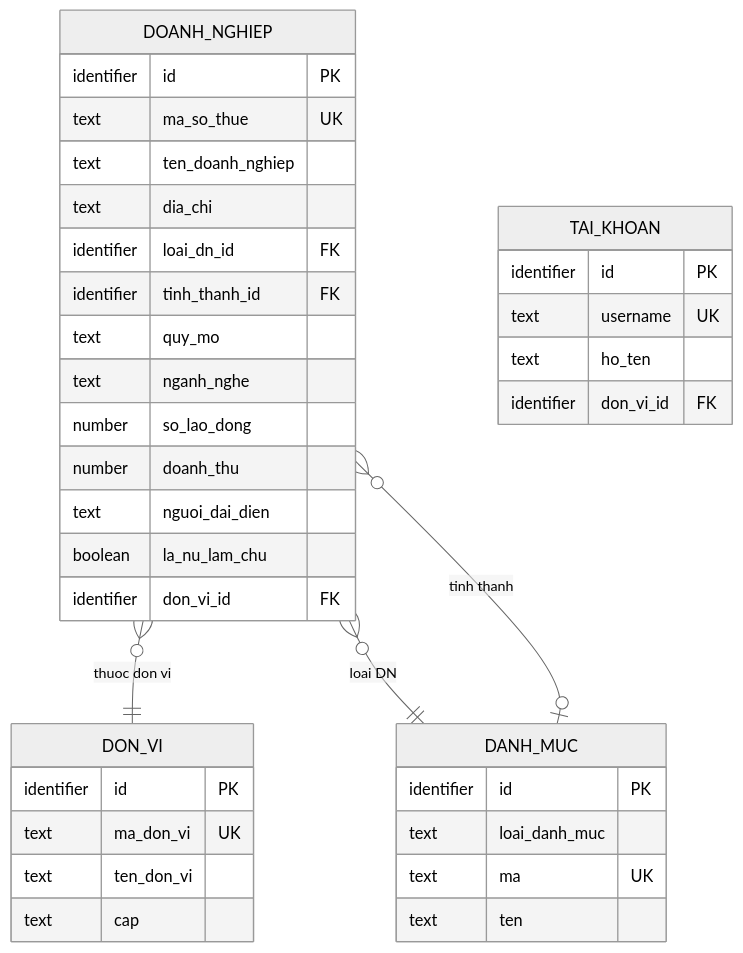
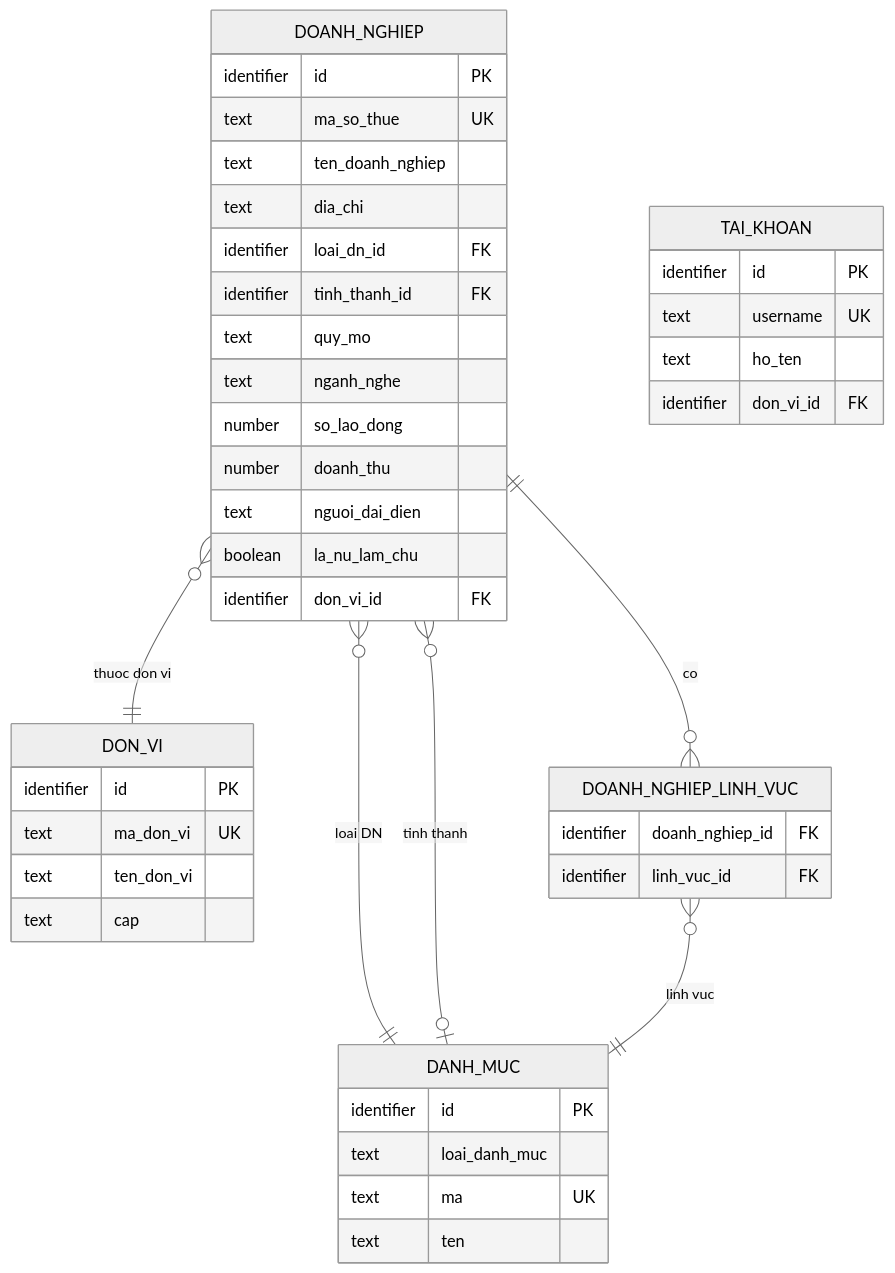
The second of 2 diagrams in input/srs-update-2026-5-5/srs-fr-07-doanh-nghiep.md (diupt2008/pm-htpldn), drawn with Mermaid (neutral theme) before and after one commit. The commit also changed other lines of this file and 42 other files, not shown here.

````diff
--- a/input/srs-update-2026-5-5/srs-fr-07-doanh-nghiep.md
+++ b/input/srs-update-2026-5-5/srs-fr-07-doanh-nghiep.md
@@ -434,43 +382,50 @@
 ```mermaid
 erDiagram
     DOANH_NGHIEP {
         identifier id PK
         text ma_so_thue UK
         text ten_doanh_nghiep
         text dia_chi
         identifier loai_dn_id FK
         identifier tinh_thanh_id FK
         text quy_mo
         text nganh_nghe
         number so_lao_dong
         number doanh_thu
         text nguoi_dai_dien
         boolean la_nu_lam_chu
         identifier don_vi_id FK
     }
 
     TAI_KHOAN {
         identifier id PK
         text username UK
         text ho_ten
         identifier don_vi_id FK
     }
 
     DON_VI {
         identifier id PK
         text ma_don_vi UK
         text ten_don_vi
         text cap
     }
 
     DANH_MUC {
         identifier id PK
         text loai_danh_muc
         text ma UK
         text ten
     }
 
+    DOANH_NGHIEP_LINH_VUC {
+        identifier doanh_nghiep_id FK
+        identifier linh_vuc_id FK
+    }
+
     DOANH_NGHIEP }o--|| DON_VI : "thuoc don vi"
     DOANH_NGHIEP }o--|| DANH_MUC : "loai DN"
     DOANH_NGHIEP }o--o| DANH_MUC : "tinh thanh"
+    DOANH_NGHIEP ||--o{ DOANH_NGHIEP_LINH_VUC : "co"
+    DOANH_NGHIEP_LINH_VUC }o--|| DANH_MUC : "linh vuc"
 ```
````
